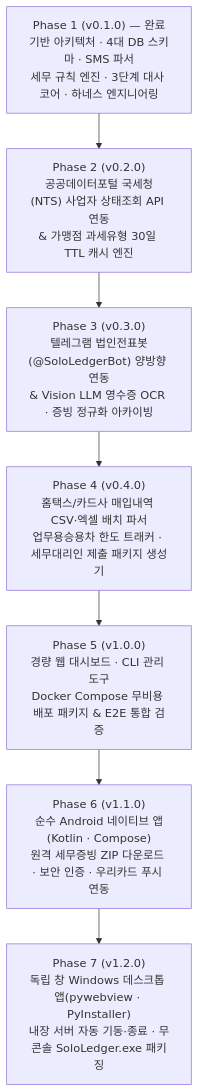
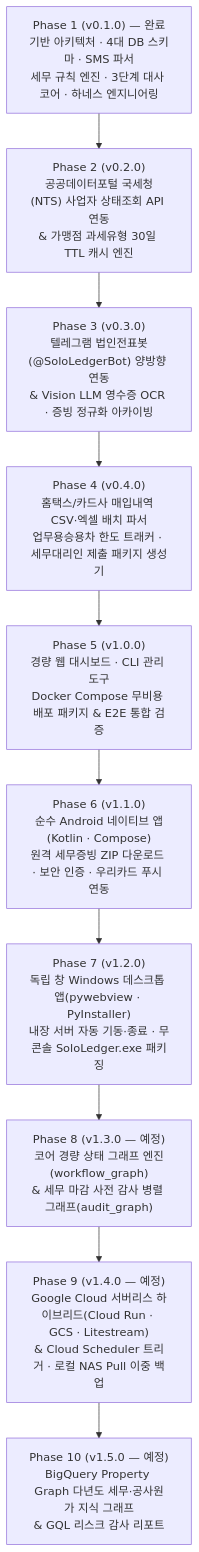
The diagram in docs/DEVELOPMENT_PLAN.md (kiyoubeo/solo-ledger), drawn with Mermaid before and after one commit. The commit also changed other lines of this file and 9 other files, not shown here.

Commit message:
[docs] 그래프 엔지니어링 및 Google Cloud 하이브리드 전환 설계서(CLOUD_AND_GRAPH_PLAN.md) 작성 및 Phase 8~10 로드맵 반영

````diff
--- a/docs/DEVELOPMENT_PLAN.md
+++ b/docs/DEVELOPMENT_PLAN.md
@@ -23,12 +23,15 @@
 ```mermaid
 flowchart TD
     P1["Phase 1 (v0.1.0) — 완료\n기반 아키텍처 · 4대 DB 스키마 · SMS 파서\n세무 규칙 엔진 · 3단계 대사 코어 · 하네스 엔지니어링"]
     P2["Phase 2 (v0.2.0)\n공공데이터포털 국세청(NTS) 사업자 상태조회 API 연동\n& 가맹점 과세유형 30일 TTL 캐시 엔진"]
     P3["Phase 3 (v0.3.0)\n텔레그램 법인전표봇(@SoloLedgerBot) 양방향 연동\n& Vision LLM 영수증 OCR · 증빙 정규화 아카이빙"]
     P4["Phase 4 (v0.4.0)\n홈택스/카드사 매입내역 CSV·엑셀 배치 파서\n업무용승용차 한도 트래커 · 세무대리인 제출 패키지 생성기"]
     P5["Phase 5 (v1.0.0)\n경량 웹 대시보드 · CLI 관리 도구\nDocker Compose 무비용 배포 패키지 & E2E 통합 검증"]
     P6["Phase 6 (v1.1.0)\n순수 Android 네이티브 앱(Kotlin · Compose)\n원격 세무증빙 ZIP 다운로드 · 보안 인증 · 우리카드 푸시 연동"]
     P7["Phase 7 (v1.2.0)\n독립 창 Windows 데스크톱 앱(pywebview · PyInstaller)\n내장 서버 자동 기동·종료 · 무콘솔 SoloLedger.exe 패키징"]
+    P8["Phase 8 (v1.3.0 — 예정)\n코어 경량 상태 그래프 엔진(workflow_graph)\n& 세무 마감 사전 감사 병렬 그래프(audit_graph)"]
+    P9["Phase 9 (v1.4.0 — 예정)\nGoogle Cloud 서버리스 하이브리드(Cloud Run · GCS · Litestream)\n& Cloud Scheduler 트리거 · 로컬 NAS Pull 이중 백업"]
+    P10["Phase 10 (v1.5.0 — 예정)\nBigQuery Property Graph 다년도 세무·공사원가 지식 그래프\n& GQL 리스크 감사 리포트"]
 
-    P1 --> P2 --> P3 --> P4 --> P5 --> P6 --> P7
+    P1 --> P2 --> P3 --> P4 --> P5 --> P6 --> P7 --> P8 --> P9 --> P10
 ```
````
